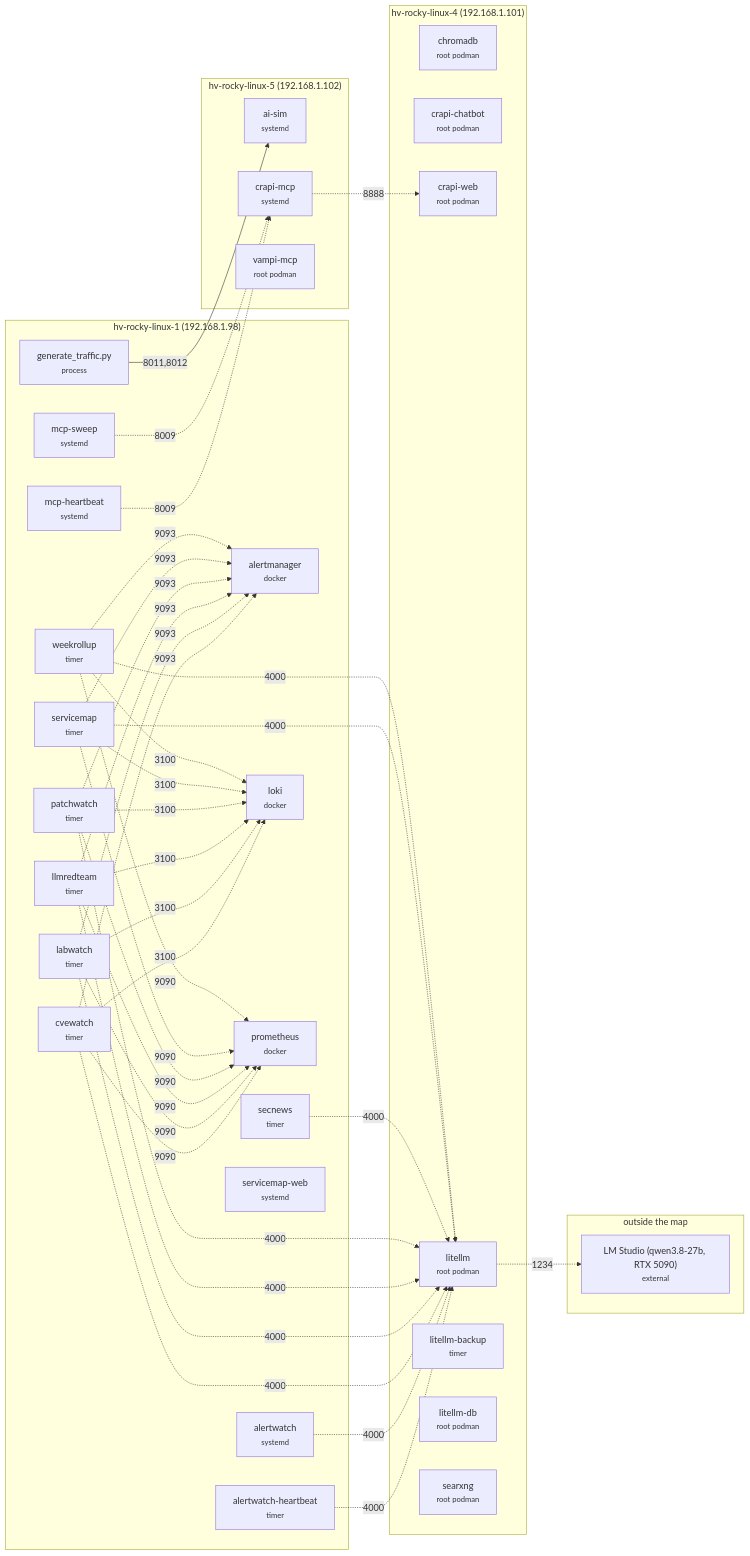
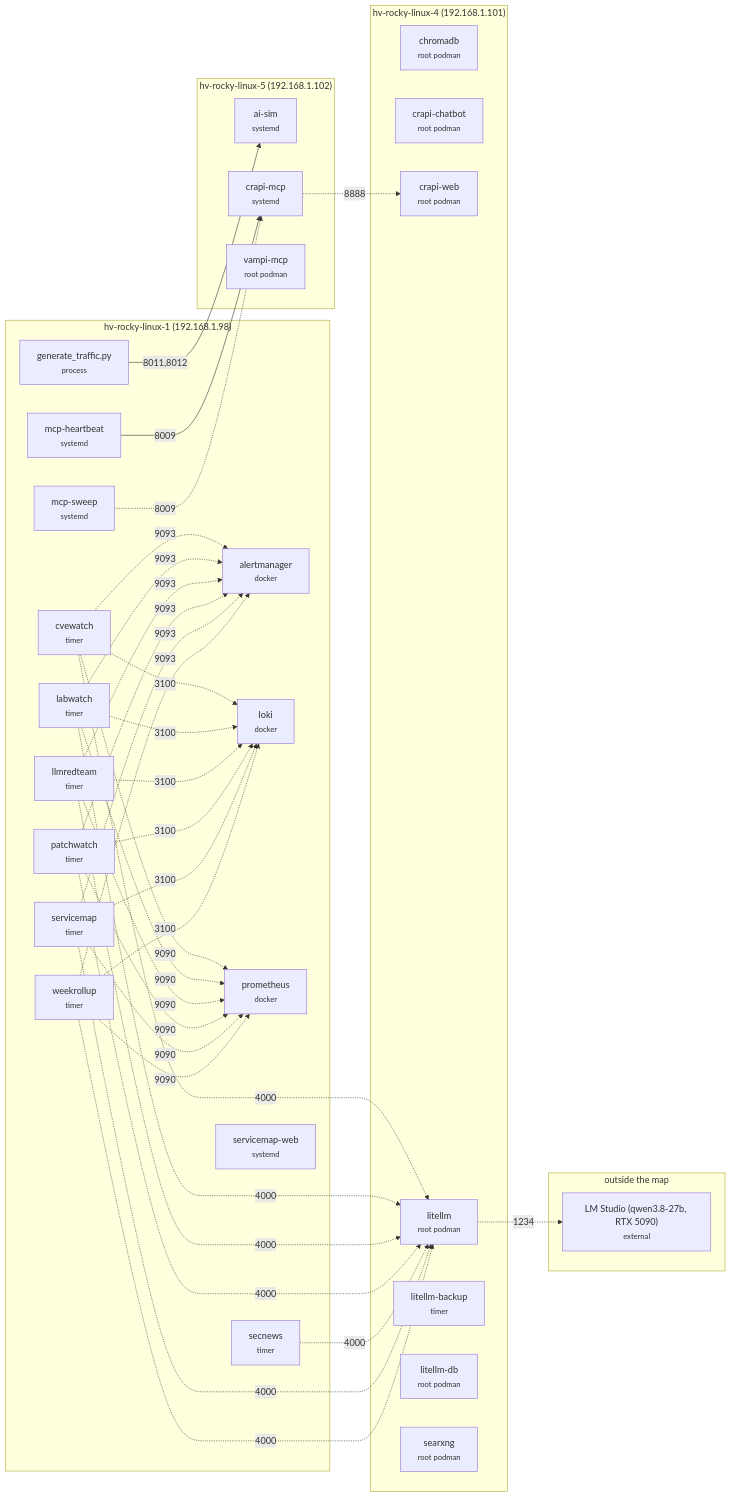
One commit to mcropsey/cropsey-lab changed the diagram in service-map/README.md. Above: the diagram before and after it, drawn with Mermaid. The commit also changed other lines of this file and 6 other files, not shown here.

First line of the commit message:
service-map: 2026-11-20 - +26 (hv-kvp-daemon, hv-vss-daemon, alloy, containerd…); -3 (alertwatch, alertwatch-heartbeat, alertwatch); 4 host changes

````diff
--- a/service-map/README.md
+++ b/service-map/README.md
@@ -13,70 +45,66 @@
 ```mermaid
 flowchart LR
   subgraph ned5a715a["hv-rocky-linux-1 (192.168.1.98)"]
     n8f651301["alertmanager<br/><small>docker</small>"]
-    n21cfb59a["alertwatch<br/><small>systemd</small>"]
-    n3fd6a072["alertwatch-heartbeat<br/><small>timer</small>"]
     n8dc796a2["cvewatch<br/><small>timer</small>"]
     n48c4898e["generate_traffic.py<br/><small>process</small>"]
     nd6fb9104["labwatch<br/><small>timer</small>"]
     n8203cbf4["llmredteam<br/><small>timer</small>"]
     n941b31c1["loki<br/><small>docker</small>"]
     n5b143553["mcp-heartbeat<br/><small>systemd</small>"]
     n58c79f44["mcp-sweep<br/><small>systemd</small>"]
     nce8753db["patchwatch<br/><small>timer</small>"]
     n02586a2d["prometheus<br/><small>docker</small>"]
     n6d57d599["secnews<br/><small>timer</small>"]
     n6a5837e4["servicemap<br/><small>timer</small>"]
     na22c2867["servicemap-web<br/><small>systemd</small>"]
     n4542db86["weekrollup<br/><small>timer</small>"]
   end
   subgraph n36ab8e4d["hv-rocky-linux-4 (192.168.1.101)"]
     n0461fc1d["chromadb<br/><small>root podman</small>"]
     n5c6b5155["crapi-chatbot<br/><small>root podman</small>"]
     n08adab84["crapi-web<br/><small>root podman</small>"]
     ne2915bec["litellm<br/><small>root podman</small>"]
     n330d721c["litellm-backup<br/><small>timer</small>"]
     ncbec0408["litellm-db<br/><small>root podman</small>"]
     nbffaded7["searxng<br/><small>root podman</small>"]
   end
   subgraph nb61e3590["hv-rocky-linux-5 (192.168.1.102)"]
     nfaf72a42["ai-sim<br/><small>systemd</small>"]
     n0286a0d8["crapi-mcp<br/><small>systemd</small>"]
     n3a63784e["vampi-mcp<br/><small>root podman</small>"]
   end
   subgraph n27d5482e["outside the map"]
     nda547473["LM Studio (qwen3.8-27b, RTX 5090)<br/><small>external</small>"]
   end
   n48c4898e -->|8011,8012| nfaf72a42
-  n3fd6a072 -.->|4000| ne2915bec
-  n21cfb59a -.->|4000| ne2915bec
+  n5b143553 -->|8009| n0286a0d8
   n8dc796a2 -.->|4000| ne2915bec
   n8dc796a2 -.->|3100| n941b31c1
   n8dc796a2 -.->|9090| n02586a2d
   n8dc796a2 -.->|9093| n8f651301
   nd6fb9104 -.->|4000| ne2915bec
   nd6fb9104 -.->|3100| n941b31c1
   nd6fb9104 -.->|9090| n02586a2d
   nd6fb9104 -.->|9093| n8f651301
   n8203cbf4 -.->|4000| ne2915bec
   n8203cbf4 -.->|3100| n941b31c1
   n8203cbf4 -.->|9090| n02586a2d
   n8203cbf4 -.->|9093| n8f651301
-  n5b143553 -.->|8009| n0286a0d8
   n58c79f44 -.->|8009| n0286a0d8
   nce8753db -.->|4000| ne2915bec
   nce8753db -.->|3100| n941b31c1
   nce8753db -.->|9090| n02586a2d
   nce8753db -.->|9093| n8f651301
   n6d57d599 -.->|4000| ne2915bec
   n6a5837e4 -.->|4000| ne2915bec
   n6a5837e4 -.->|3100| n941b31c1
   n6a5837e4 -.->|9090| n02586a2d
   n6a5837e4 -.->|9093| n8f651301
   n4542db86 -.->|4000| ne2915bec
   n4542db86 -.->|3100| n941b31c1
   n4542db86 -.->|9090| n02586a2d
   n4542db86 -.->|9093| n8f651301
   ne2915bec -.->|1234| nda547473
   n0286a0d8 -.->|8888| n08adab84
 ```
````
